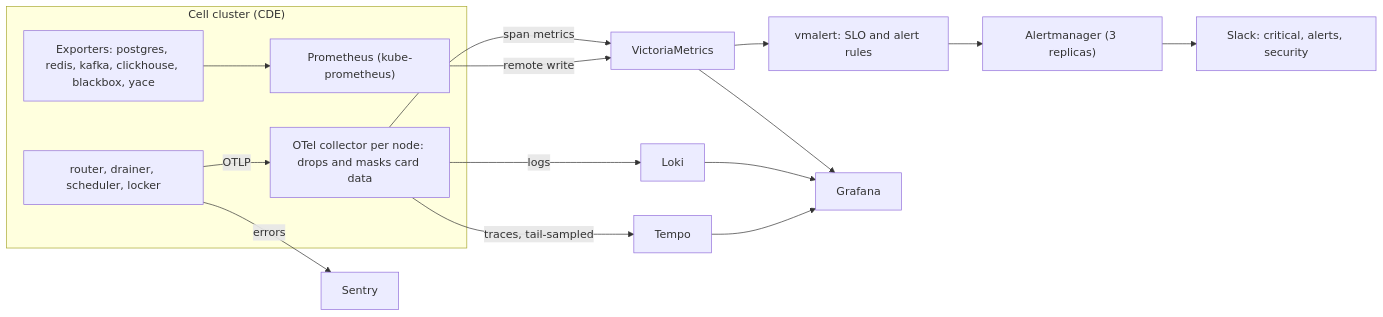
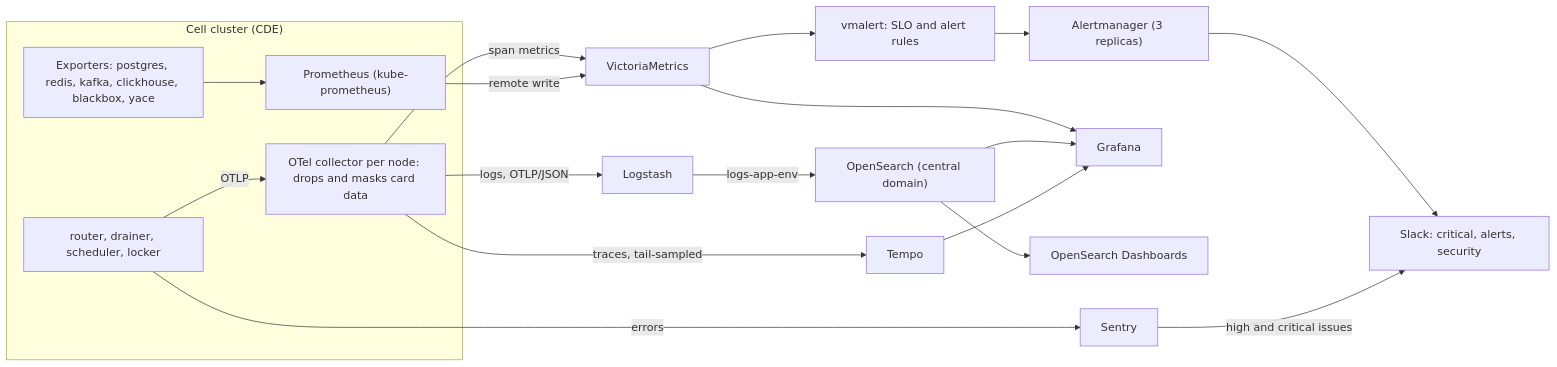
The diagram in docs/architecture/runtime/observability.md (whoisqen/payments-platform), drawn with Mermaid before and after one commit. The commit also changed other lines of this file and 219 other files, not shown here.

First line of the commit message:
feat(observability): move the logs to one central OpenSearch

````diff
--- a/docs/architecture/runtime/observability.md
+++ b/docs/architecture/runtime/observability.md
@@ -13,19 +13,20 @@
 ```mermaid
 flowchart LR
   subgraph CELL["Cell cluster (CDE)"]
     APP["router, drainer, scheduler, locker"] -->|"OTLP"| OTEL["OTel collector per node: drops and masks card data"]
     PROM["Prometheus (kube-prometheus)"]
     EXP["Exporters: postgres, redis, kafka, clickhouse, blackbox, yace"]
   end
-  OTEL -->|"logs"| LOKI["Loki"]
+  OTEL -->|"logs, OTLP/JSON"| LS["Logstash"] -->|"logs-app-env"| OS["OpenSearch (central domain)"]
   OTEL -->|"traces, tail-sampled"| TEMPO["Tempo"]
   OTEL -->|"span metrics"| VM["VictoriaMetrics"]
   PROM -->|"remote write"| VM
   EXP --> PROM
   VM --> VMALERT["vmalert: SLO and alert rules"] --> AM["Alertmanager (3 replicas)"]
   AM --> SLACK["Slack: critical, alerts, security"]
   VM --> GRAFANA["Grafana"]
-  LOKI --> GRAFANA
+  OS --> GRAFANA
+  OS --> DASH["OpenSearch Dashboards"]
   TEMPO --> GRAFANA
-  APP -->|"errors"| SENTRY["Sentry"]
+  APP -->|"errors"| SENTRY["Sentry"] -->|"high and critical issues"| SLACK
 ```
````
